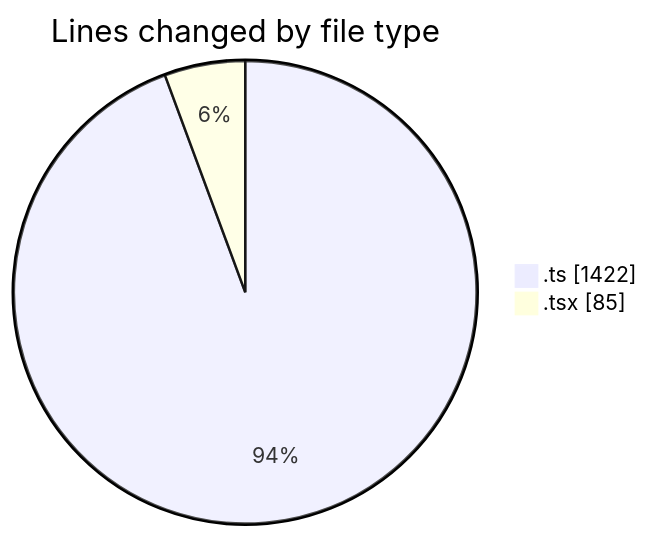
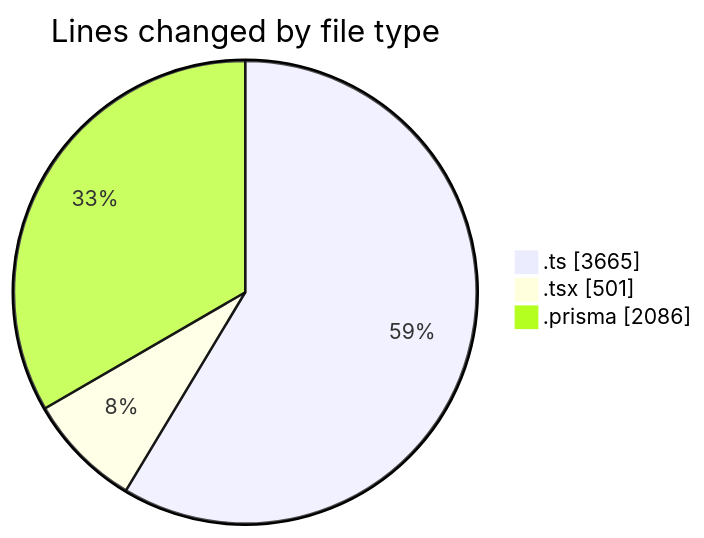
Before and after one commit to CELIANVF/code-tracking: the first of 2 diagrams in 2025-05-19/ecodeli-1/README.md, drawn with Mermaid. The commit also changed other lines of this file and 1 other file, not shown here.

````diff
--- a/2025-05-19/ecodeli-1/README.md
+++ b/2025-05-19/ecodeli-1/README.md
@@ -21,6 +28,7 @@
 ```mermaid
 pie showData
 title Lines changed by file type
-".ts" : 1422
-".tsx" : 85
+".ts" : 3665
+".tsx" : 501
+".prisma" : 2086
 ```
````
